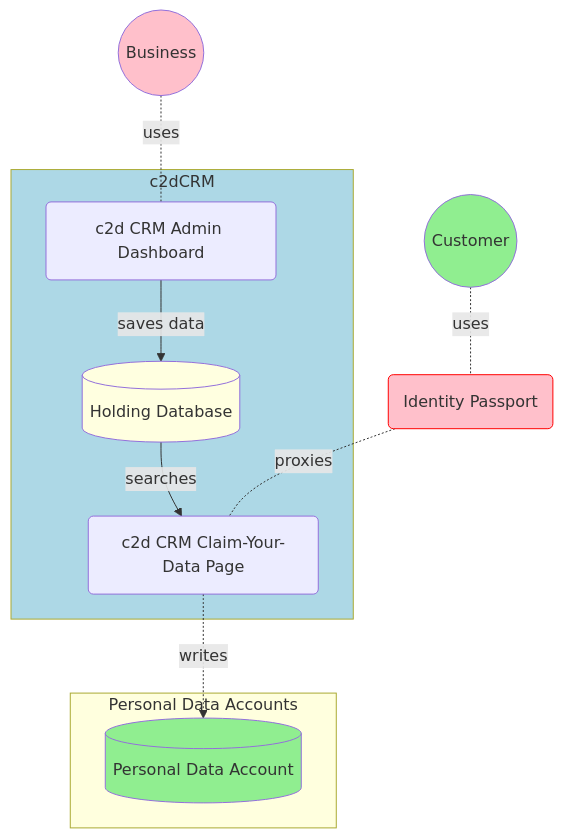
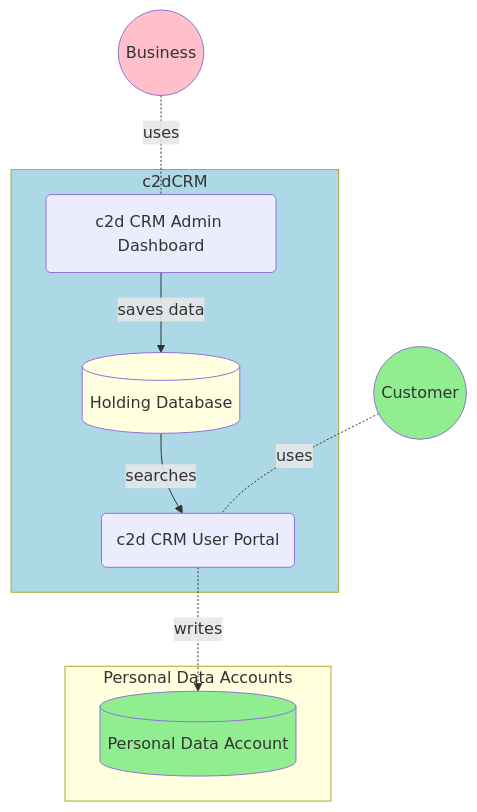
One commit to Play-Concepts/c2d-crm changed the diagram in docs/c2d-crm-component-specifications.md. Above: the diagram before and after it, drawn with Mermaid. The commit also changed other lines of this file and 11 other files, not shown here.

````diff
--- a/docs/c2d-crm-component-specifications.md
+++ b/docs/c2d-crm-component-specifications.md
@@ -66,44 +66,38 @@
 ```mermaid
 graph TD
 	business((Business))
 	style business fill:pink;
 	
-	passport(Identity Passport)
-	style passport fill:pink;
-	style passport stroke:red;
-	
 	subgraph crm [c2dCRM]
 		admin(c2d CRM Admin Dashboard)
-		user_portal(c2d CRM Claim-Your-Data Page)
+		user_portal(c2d CRM User Portal)
 		database[(Holding Database)]
 	end
 	style crm fill:lightblue;
 	style database fill:lightyellow;
 	business -.-|uses| admin
 	admin -->|saves data| database
 	
 	database -->|searches| user_portal
 	
 	
 	customer((Customer))
 	style customer fill:lightgreen;
-	customer -.-|uses| passport
-	passport -.-|proxies| user_portal
+	customer -.-|uses| user_portal
 
 	subgraph dataswift [Personal Data Accounts]
 		pda[(Personal Data Account)]
 	end
 	
 	style dataswift fill:lightyellow;
 	style pda fill:lightgreen;
 
 	subgraph dataswift [Personal Data Accounts]
 		pda[(Personal Data Account)]
 	end
 	
 	style dataswift fill:lightyellow;
 	style pda fill:lightgreen;
 	
 	user_portal -.->|writes| pda
-	
 ```
````
